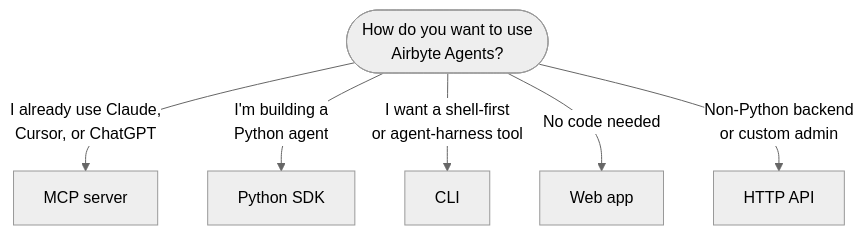
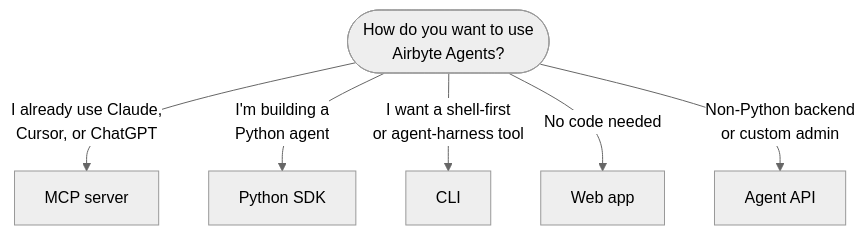
The diagram in docs/ai-agents/get-started/choose-how-to-use.md (airbytehq/airbyte), drawn with Mermaid (neutral theme) before and after one commit. The commit also changed other lines of this file and 4 other files, not shown here.

````diff
--- a/docs/ai-agents/get-started/choose-how-to-use.md
+++ b/docs/ai-agents/get-started/choose-how-to-use.md
@@ -13,15 +13,15 @@
 ```mermaid
 flowchart TD
     START(["How do you want to use<br/>Airbyte Agents?"])
     START -->|"I already use Claude,<br/>Cursor, or ChatGPT"| MCP["MCP server"]
     START -->|"I'm building a<br/>Python agent"| SDK["Python SDK"]
     START -->|"I want a shell-first<br/>or agent-harness tool"| CLI["CLI"]
     START -->|"No code needed"| WEB["Web app"]
-    START -->|"Non-Python backend<br/>or custom admin"| API["HTTP API"]
+    START -->|"Non-Python backend<br/>or custom admin"| API["Agent API"]
 
     click MCP "#mcp-server"
     click SDK "#python-sdk"
     click CLI "#cli"
     click WEB "#web-app"
-    click API "#http-api"
+    click API "#agent-api"
 ```
````
